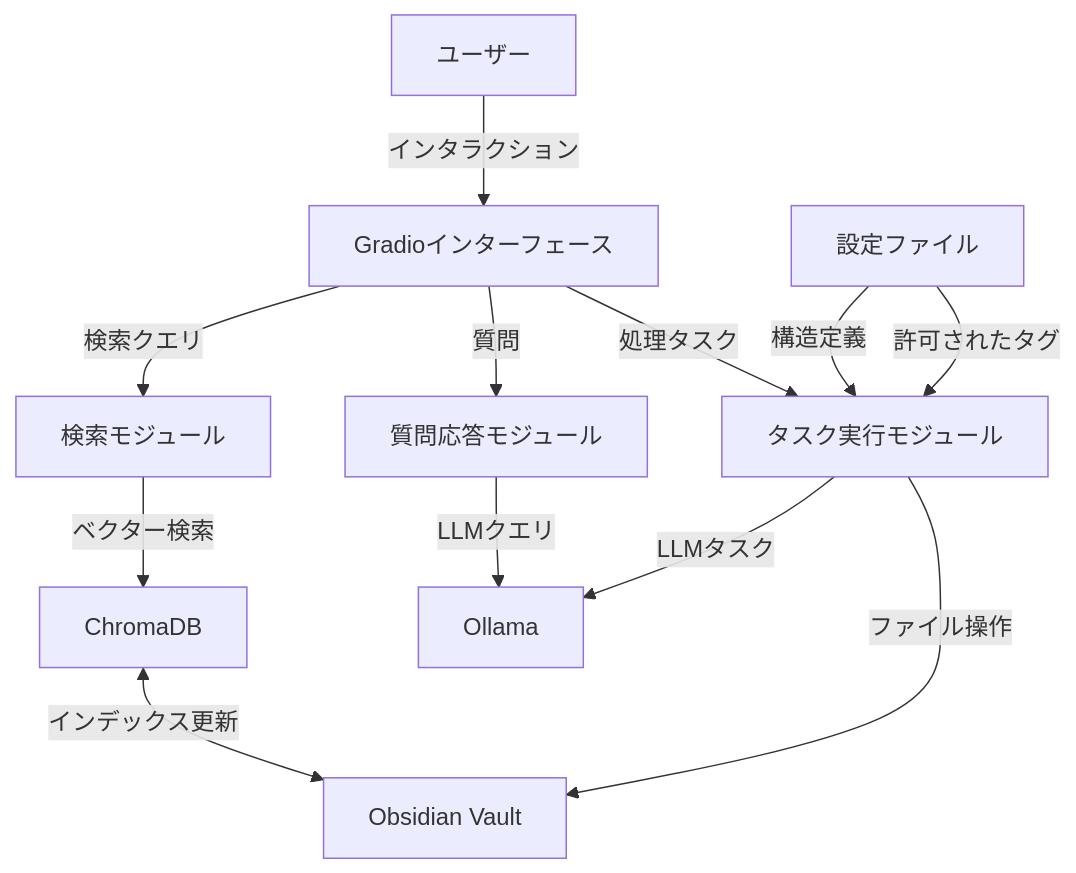
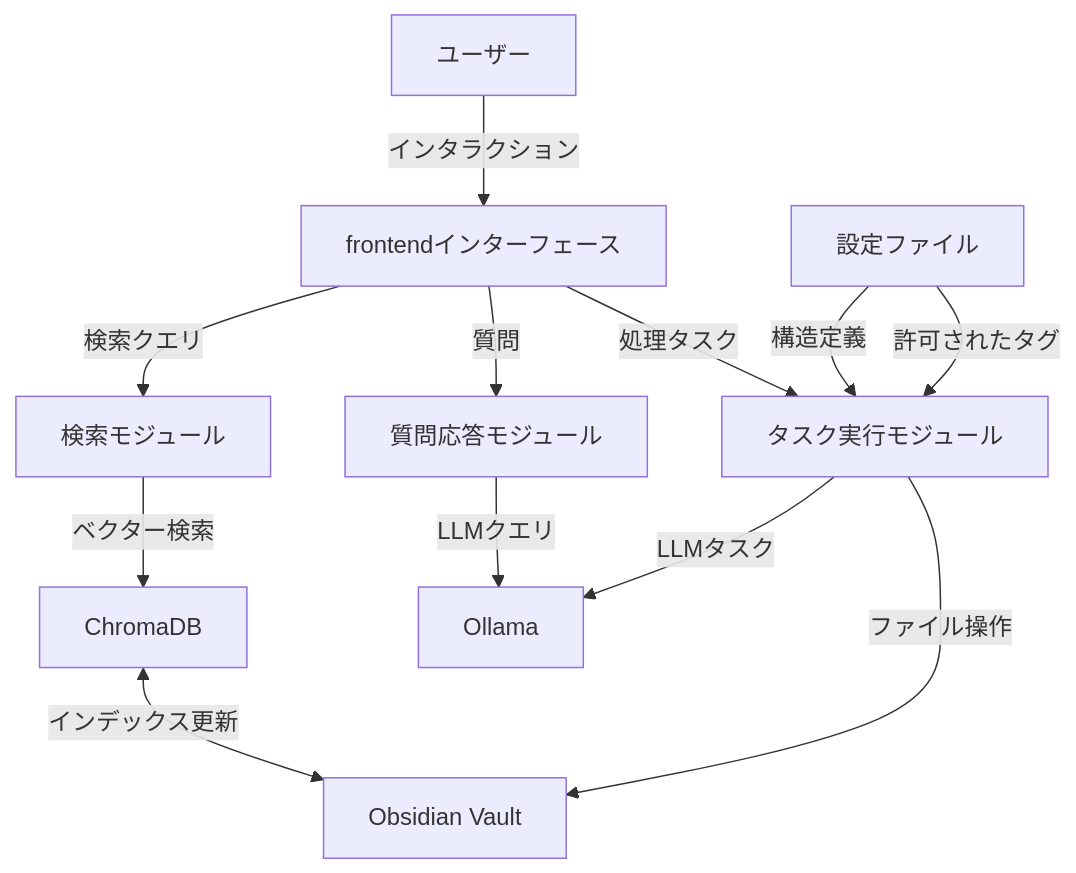
One commit to NewAITees/Obsidian-Concierge changed the diagram in README.md. Above: the diagram before and after it, drawn with Mermaid. The commit also changed other lines of this file, not shown here.

Commit message:
Update README.md to replace 'Gradio' with 'frontend' in the technology stack and adjust the interaction diagram accordingly.

````diff
--- a/README.md
+++ b/README.md
@@ -24,17 +23,17 @@
 ```mermaid
 graph TD
-    A[ユーザー] -->|インタラクション| B[Gradioインターフェース]
+    A[ユーザー] -->|インタラクション| B[frontendインターフェース]
     B -->|検索クエリ| C[検索モジュール]
     B -->|質問| D[質問応答モジュール]
     B -->|処理タスク| E[タスク実行モジュール]
     
     C -->|ベクター検索| F[ChromaDB]
     D -->|LLMクエリ| G[Ollama]
     E -->|LLMタスク| G
     
     F <-->|インデックス更新| H[Obsidian Vault]
     E -->|ファイル操作| H
     
     I[設定ファイル] -->|構造定義| E
     I -->|許可されたタグ| E
 ```
````
